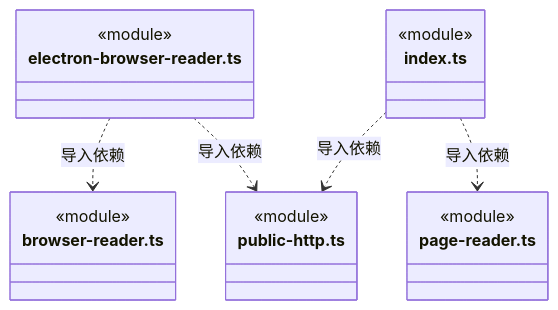
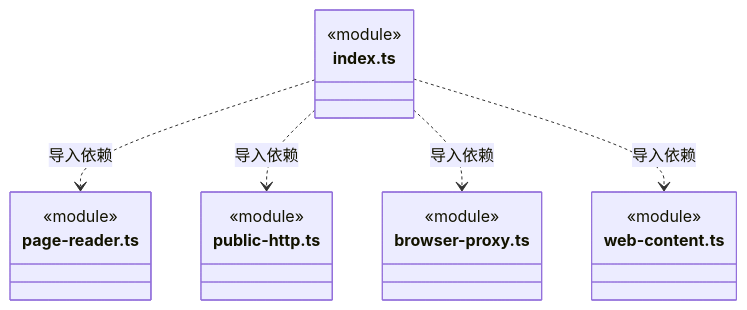
Diagram 13 of 15 in src/foundations/web/ARCHITECTURE.md (nan023062/cbim), drawn with Mermaid before and after one commit. The commit also changed other lines of this file and 33 other files, not shown here.

````diff
--- a/src/foundations/web/ARCHITECTURE.md
+++ b/src/foundations/web/ARCHITECTURE.md
@@ -191,22 +242,22 @@
 ```mermaid
 classDiagram
-class N_src_foundations_web_electron_browser_reader_ts["electron-browser-reader.ts"] {
-  <<module>>
-}
-class N_src_foundations_web_public_http_ts["public-http.ts"] {
-  <<module>>
-}
-class N_src_foundations_web_browser_reader_ts["browser-reader.ts"] {
-  <<module>>
-}
 class N_src_foundations_web_index_ts["index.ts"] {
   <<module>>
 }
 class N_src_foundations_web_page_reader_ts["page-reader.ts"] {
   <<module>>
 }
-N_src_foundations_web_electron_browser_reader_ts ..> N_src_foundations_web_public_http_ts : 导入依赖
-N_src_foundations_web_electron_browser_reader_ts ..> N_src_foundations_web_browser_reader_ts : 导入依赖
+class N_src_foundations_web_public_http_ts["public-http.ts"] {
+  <<module>>
+}
+class N_src_foundations_web_browser_proxy_ts["browser-proxy.ts"] {
+  <<module>>
+}
+class N_src_foundations_web_web_content_ts["web-content.ts"] {
+  <<module>>
+}
 N_src_foundations_web_index_ts ..> N_src_foundations_web_page_reader_ts : 导入依赖
 N_src_foundations_web_index_ts ..> N_src_foundations_web_public_http_ts : 导入依赖
+N_src_foundations_web_index_ts ..> N_src_foundations_web_browser_proxy_ts : 导入依赖
+N_src_foundations_web_index_ts ..> N_src_foundations_web_web_content_ts : 导入依赖
 ```
````
